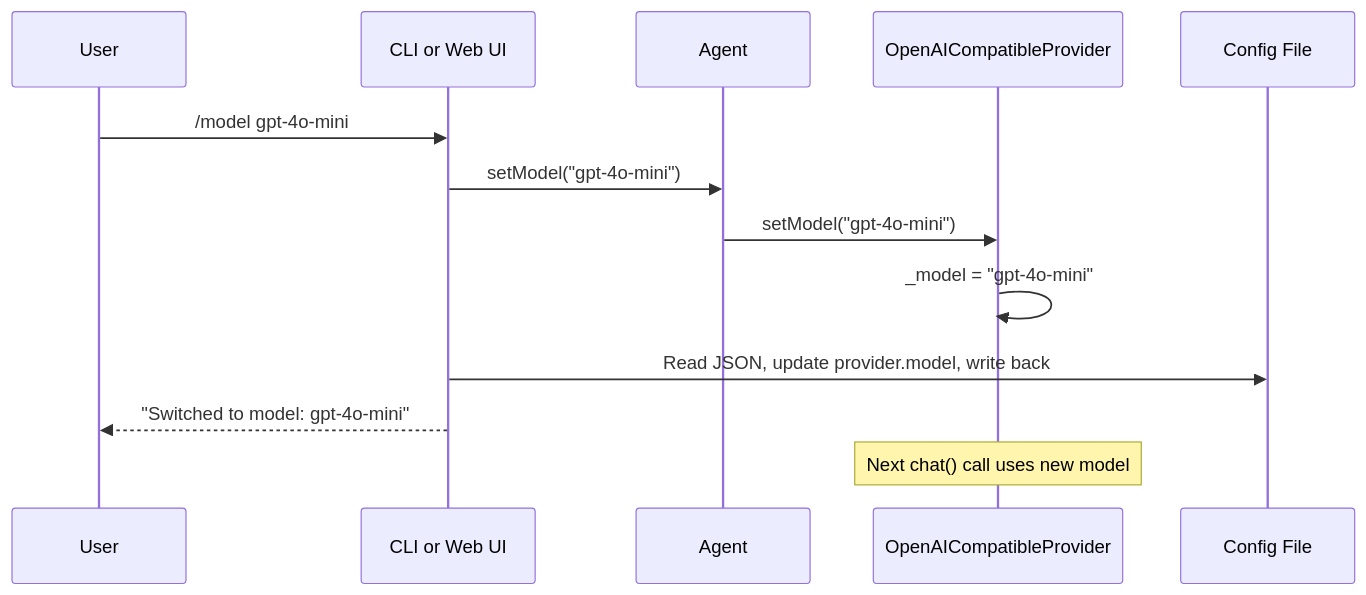
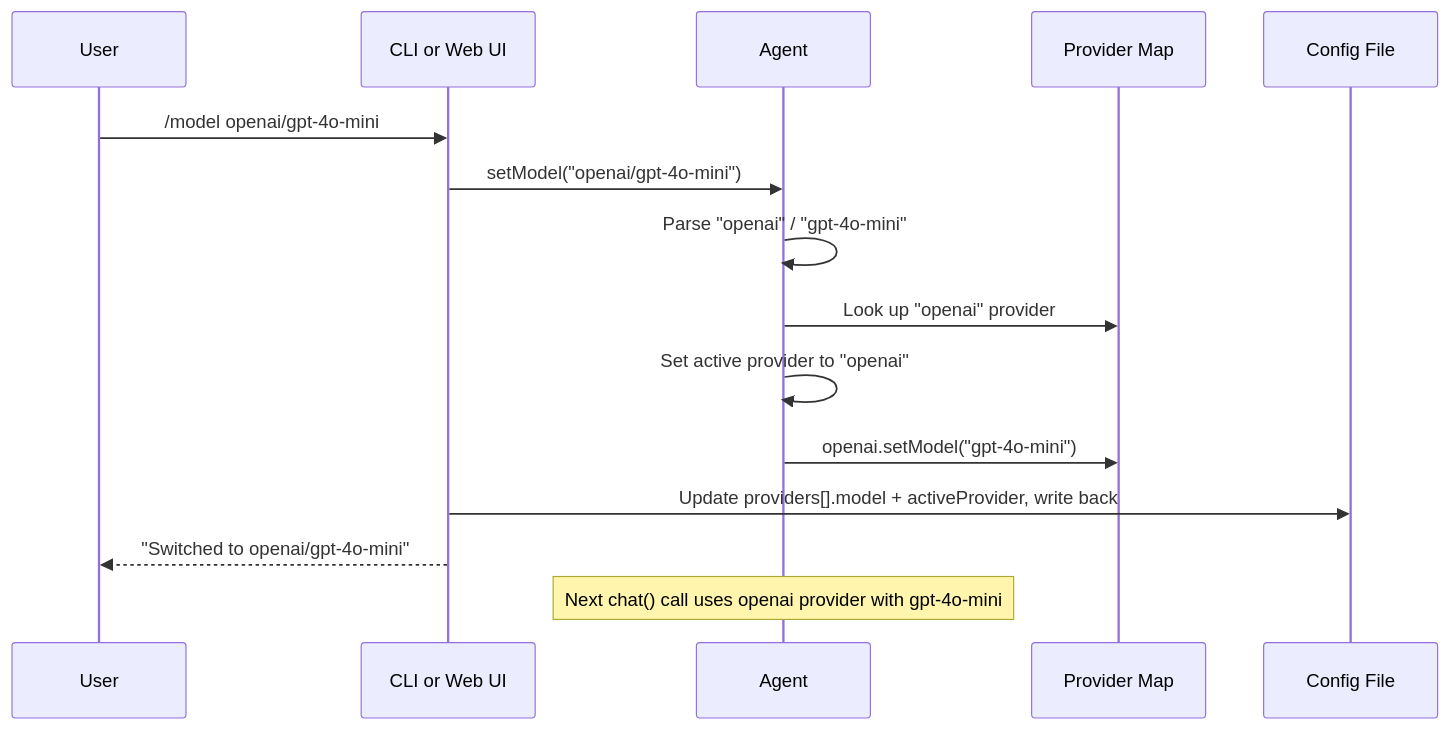
One commit to emdzej/microagent changed diagram 11 of 12 in docs/HOW_IT_WORKS.md. Above: the diagram before and after it, drawn with Mermaid. The commit also changed other lines of this file and 1 other file, not shown here.

Commit message:
docs: update README and HOW_IT_WORKS for multi-provider support

````diff
--- a/docs/HOW_IT_WORKS.md
+++ b/docs/HOW_IT_WORKS.md
@@ -596,16 +679,18 @@
 ```mermaid
 sequenceDiagram
     participant User
     participant CLI/Web as CLI or Web UI
     participant Agent
-    participant Provider as OpenAICompatibleProvider
+    participant Providers as Provider Map
     participant Config as Config File
 
-    User->>CLI/Web: /model gpt-4o-mini
-    CLI/Web->>Agent: setModel("gpt-4o-mini")
-    Agent->>Provider: setModel("gpt-4o-mini")
-    Provider->>Provider: _model = "gpt-4o-mini"
-    CLI/Web->>Config: Read JSON, update provider.model, write back
-    CLI/Web-->>User: "Switched to model: gpt-4o-mini"
-    Note over Provider: Next chat() call uses new model
+    User->>CLI/Web: /model openai/gpt-4o-mini
+    CLI/Web->>Agent: setModel("openai/gpt-4o-mini")
+    Agent->>Agent: Parse "openai" / "gpt-4o-mini"
+    Agent->>Providers: Look up "openai" provider
+    Agent->>Agent: Set active provider to "openai"
+    Agent->>Providers: openai.setModel("gpt-4o-mini")
+    CLI/Web->>Config: Update providers[].model + activeProvider, write back
+    CLI/Web-->>User: "Switched to openai/gpt-4o-mini"
+    Note over Agent: Next chat() call uses openai provider with gpt-4o-mini
 ```
````
